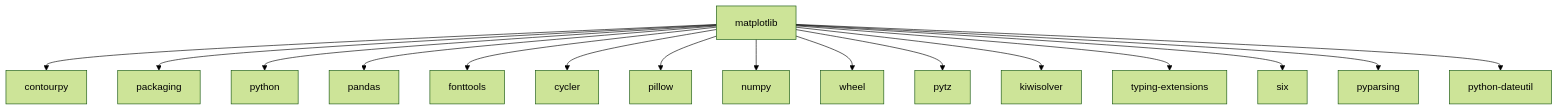
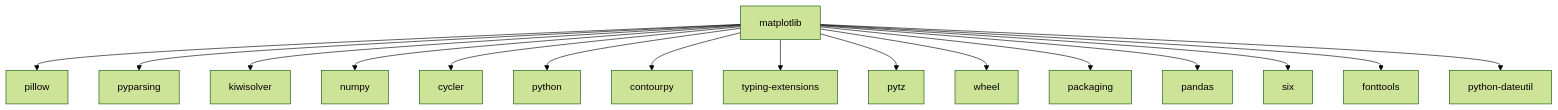
Before and after one commit to alndis/conf_ex: the diagram in dz2/graph.mmd, drawn with Mermaid (forest theme). The commit also changed other lines of this file and 8 other files, not shown here.

```diff
--- a/dz2/graph.mmd
+++ b/dz2/graph.mmd
@@ -1,16 +1,16 @@
 graph TD
+    matplotlib --> pillow
+    matplotlib --> pyparsing
+    matplotlib --> kiwisolver
+    matplotlib --> numpy
+    matplotlib --> cycler
+    matplotlib --> python
     matplotlib --> contourpy
+    matplotlib --> typing-extensions
+    matplotlib --> pytz
+    matplotlib --> wheel
     matplotlib --> packaging
-    matplotlib --> python
     matplotlib --> pandas
+    matplotlib --> six
     matplotlib --> fonttools
-    matplotlib --> cycler
-    matplotlib --> pillow
-    matplotlib --> numpy
-    matplotlib --> wheel
-    matplotlib --> pytz
-    matplotlib --> kiwisolver
-    matplotlib --> typing-extensions
-    matplotlib --> six
-    matplotlib --> pyparsing
     matplotlib --> python-dateutil
```
